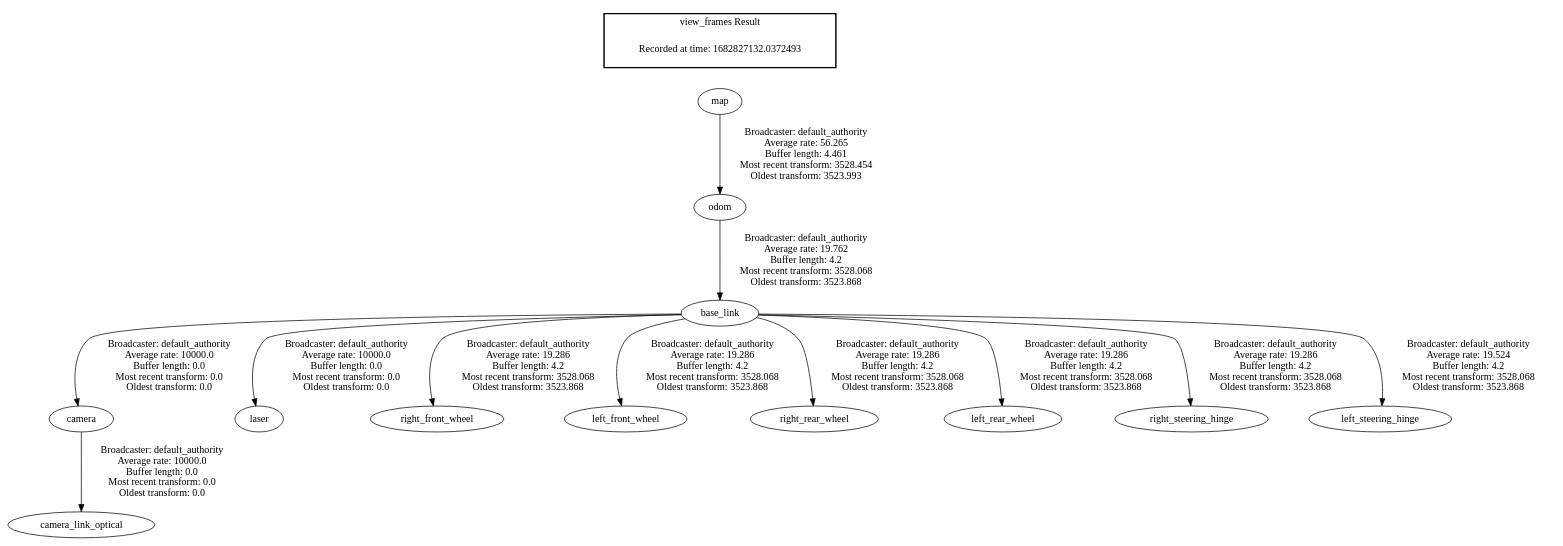
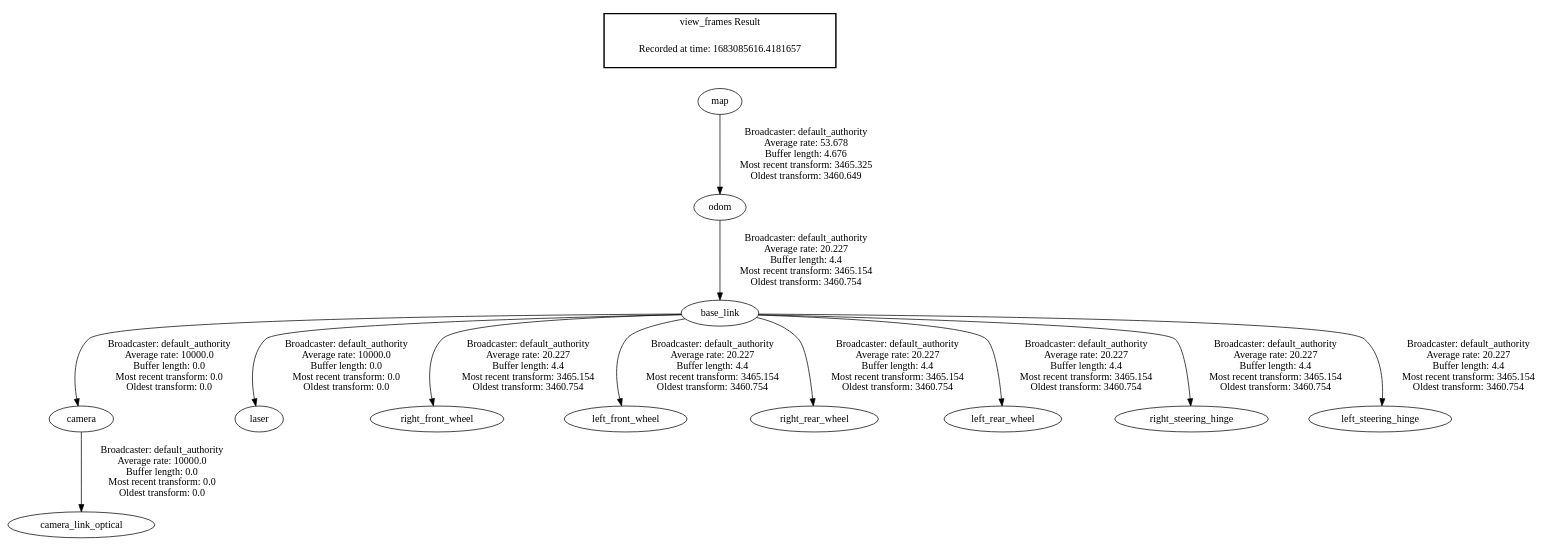
Before and after one commit to rteclab/rtec_vehicle_sim: the diagram in tf_views/frames.gv, drawn with Graphviz. The commit also changed 416 other files, not shown here.

```diff
--- a/tf_views/frames.gv
+++ b/tf_views/frames.gv
@@ -1,17 +1,17 @@
 digraph G {
 "base_link" -> "camera"[label=" Broadcaster: default_authority\nAverage rate: 10000.0\nBuffer length: 0.0\nMost recent transform: 0.0\nOldest transform: 0.0\n"];
-"odom" -> "base_link"[label=" Broadcaster: default_authority\nAverage rate: 19.762\nBuffer length: 4.2\nMost recent transform: 3528.068\nOldest transform: 3523.868\n"];
+"odom" -> "base_link"[label=" Broadcaster: default_authority\nAverage rate: 20.227\nBuffer length: 4.4\nMost recent transform: 3465.154\nOldest transform: 3460.754\n"];
 "camera" -> "camera_link_optical"[label=" Broadcaster: default_authority\nAverage rate: 10000.0\nBuffer length: 0.0\nMost recent transform: 0.0\nOldest transform: 0.0\n"];
 "base_link" -> "laser"[label=" Broadcaster: default_authority\nAverage rate: 10000.0\nBuffer length: 0.0\nMost recent transform: 0.0\nOldest transform: 0.0\n"];
-"map" -> "odom"[label=" Broadcaster: default_authority\nAverage rate: 56.265\nBuffer length: 4.461\nMost recent transform: 3528.454\nOldest transform: 3523.993\n"];
-"base_link" -> "right_front_wheel"[label=" Broadcaster: default_authority\nAverage rate: 19.286\nBuffer length: 4.2\nMost recent transform: 3528.068\nOldest transform: 3523.868\n"];
-"base_link" -> "left_front_wheel"[label=" Broadcaster: default_authority\nAverage rate: 19.286\nBuffer length: 4.2\nMost recent transform: 3528.068\nOldest transform: 3523.868\n"];
-"base_link" -> "right_rear_wheel"[label=" Broadcaster: default_authority\nAverage rate: 19.286\nBuffer length: 4.2\nMost recent transform: 3528.068\nOldest transform: 3523.868\n"];
-"base_link" -> "left_rear_wheel"[label=" Broadcaster: default_authority\nAverage rate: 19.286\nBuffer length: 4.2\nMost recent transform: 3528.068\nOldest transform: 3523.868\n"];
-"base_link" -> "right_steering_hinge"[label=" Broadcaster: default_authority\nAverage rate: 19.286\nBuffer length: 4.2\nMost recent transform: 3528.068\nOldest transform: 3523.868\n"];
-"base_link" -> "left_steering_hinge"[label=" Broadcaster: default_authority\nAverage rate: 19.524\nBuffer length: 4.2\nMost recent transform: 3528.068\nOldest transform: 3523.868\n"];
+"base_link" -> "right_front_wheel"[label=" Broadcaster: default_authority\nAverage rate: 20.227\nBuffer length: 4.4\nMost recent transform: 3465.154\nOldest transform: 3460.754\n"];
+"base_link" -> "left_front_wheel"[label=" Broadcaster: default_authority\nAverage rate: 20.227\nBuffer length: 4.4\nMost recent transform: 3465.154\nOldest transform: 3460.754\n"];
+"base_link" -> "right_rear_wheel"[label=" Broadcaster: default_authority\nAverage rate: 20.227\nBuffer length: 4.4\nMost recent transform: 3465.154\nOldest transform: 3460.754\n"];
+"base_link" -> "left_rear_wheel"[label=" Broadcaster: default_authority\nAverage rate: 20.227\nBuffer length: 4.4\nMost recent transform: 3465.154\nOldest transform: 3460.754\n"];
+"base_link" -> "right_steering_hinge"[label=" Broadcaster: default_authority\nAverage rate: 20.227\nBuffer length: 4.4\nMost recent transform: 3465.154\nOldest transform: 3460.754\n"];
+"base_link" -> "left_steering_hinge"[label=" Broadcaster: default_authority\nAverage rate: 20.227\nBuffer length: 4.4\nMost recent transform: 3465.154\nOldest transform: 3460.754\n"];
+"map" -> "odom"[label=" Broadcaster: default_authority\nAverage rate: 53.678\nBuffer length: 4.676\nMost recent transform: 3465.325\nOldest transform: 3460.649\n"];
 edge [style=invis];
  subgraph cluster_legend { style=bold; color=black; label ="view_frames Result";
-"Recorded at time: 1682827132.0372493"[ shape=plaintext ] ;
+"Recorded at time: 1683085616.4181657"[ shape=plaintext ] ;
 }->"map";
 }
```
